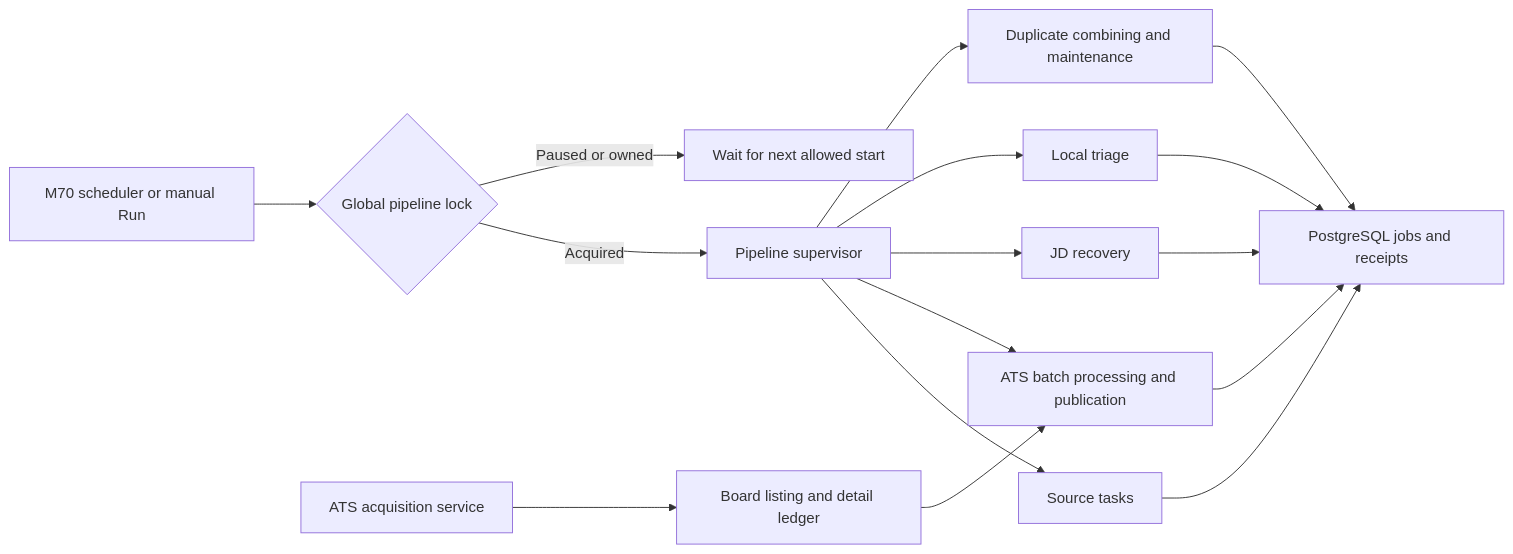
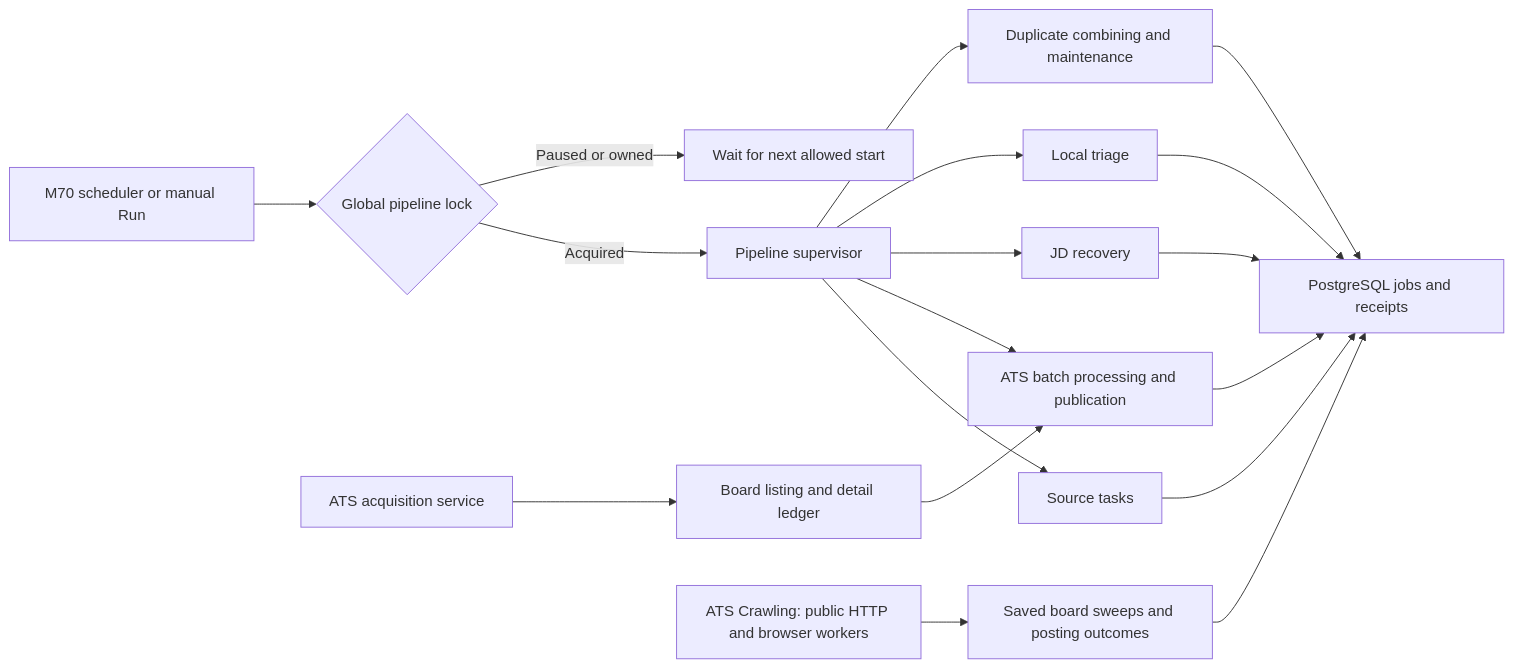
Before and after one commit to j85473/career-dashboard: the first of 6 diagrams in PIPELINE_FLOW.md, drawn with Mermaid. The commit also changed other lines of this file and 1 other file, not shown here.

Commit message:
docs: document ATS crawling and board discovery indexers

````diff
--- a/PIPELINE_FLOW.md
+++ b/PIPELINE_FLOW.md
@@ -9,20 +9,22 @@
 ```mermaid
 flowchart LR
     S["M70 scheduler or manual Run"] --> L{"Global pipeline lock"}
     L -->|Acquired| P["Pipeline supervisor"]
     L -->|Paused or owned| W["Wait for next allowed start"]
 
     P --> I["Source tasks"]
     P --> B["ATS batch processing and publication"]
     P --> J["JD recovery"]
     P --> T["Local triage"]
     P --> M["Duplicate combining and maintenance"]
 
     A["ATS acquisition service"] --> R["Board listing and detail ledger"]
     R --> B
+    C["ATS Crawling: public HTTP and browser workers"] --> N["Saved board sweeps and posting outcomes"]
+    N --> D
     I --> D["PostgreSQL jobs and receipts"]
     B --> D
     J --> D
     T --> D
     M --> D
 ```
````
